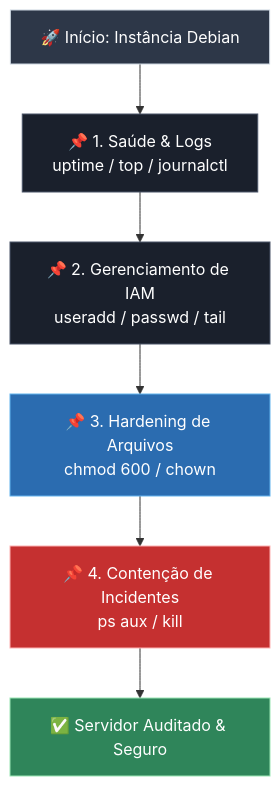
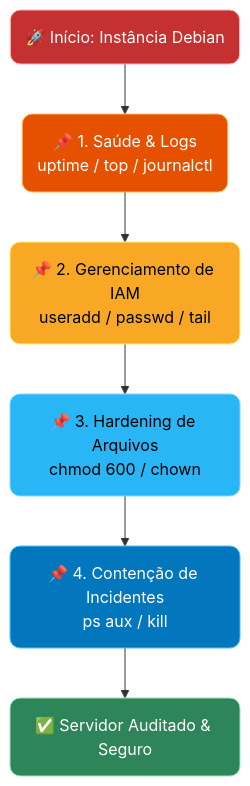
The diagram in README.md (IsadoraVanderlan/debian-security-hardening-case), drawn with Mermaid before and after one commit.

Commit message:
docs: Incluido flowchart

````diff
--- a/README.md
+++ b/README.md
@@ -123,15 +123,27 @@
 ```mermaid
 flowchart TD
-    A["🚀 Início: Instância Debian"] --> B["📌 1. Saúde & Logs<br>uptime / top / journalctl"]
-    B --> C["📌 2. Gerenciamento de IAM<br>useradd / passwd / tail"]
-    C --> D["📌 3. Hardening de Arquivos<br>chmod 600 / chown"]
-    D --> E["📌 4. Contenção de Incidentes<br>ps aux / kill"]
-    E --> F["✅ Servidor Auditado & Seguro"]
+    %% Definição da Estrutura e Conteúdo
+    A("🚀 Início: Instância Debian") --> B("📌 1. Saúde & Logs<br>uptime / top / journalctl")
+    B --> C("📌 2. Gerenciamento de IAM<br>useradd / passwd / tail")
+    C --> D("📌 3. Hardening de Arquivos<br>chmod 600 / chown")
+    D --> E("📌 4. Contenção de Incidentes<br>ps aux / kill")
+    E --> F("✅ Servidor Auditado & Seguro")
 
-    style A fill:#2d3748,stroke:#cbd5e0,color:#fff
-    style B fill:#1a202c,stroke:#4a5568,color:#fff
-    style C fill:#1a202c,stroke:#4a5568,color:#fff
-    style D fill:#2b6cb0,stroke:#63b3ed,color:#fff
-    style E fill:#c53030,stroke:#feb2b2,color:#fff
+    %% Estilos de Modernização (Arredondamento Universal)
+    classDef rounded rx:10, ry:10;
+    class A,B,C,D,E,F rounded;
+
+    %% Estilos de Cores (Progressão da Crítica para a Segurança)
+    %% Início (Alerta/Crítico)
+    style A fill:#c53030,stroke:#feb2b2,color:#fff
+    %% Passo 1 (Atenção/Aviso)
+    style B fill:#e65100,stroke:#ffb74d,color:#fff
+    %% Passo 2 (Informação Básica/Amarelo)
+    style C fill:#f9a825,stroke:#fff176,color:#000
+    %% Passo 3 (Ação Progressiva/Azul Claro)
+    style D fill:#29b6f6,stroke:#81d4fa,color:#000
+    %% Passo 4 (Contenção/Ação Forte/Azul Escuro)
+    style E fill:#0277bd,stroke:#4fc3f7,color:#fff
+    %% Final (Seguro/Sucesso/Verde)
     style F fill:#2f855a,stroke:#9ae6b4,color:#fff
 ```
````
